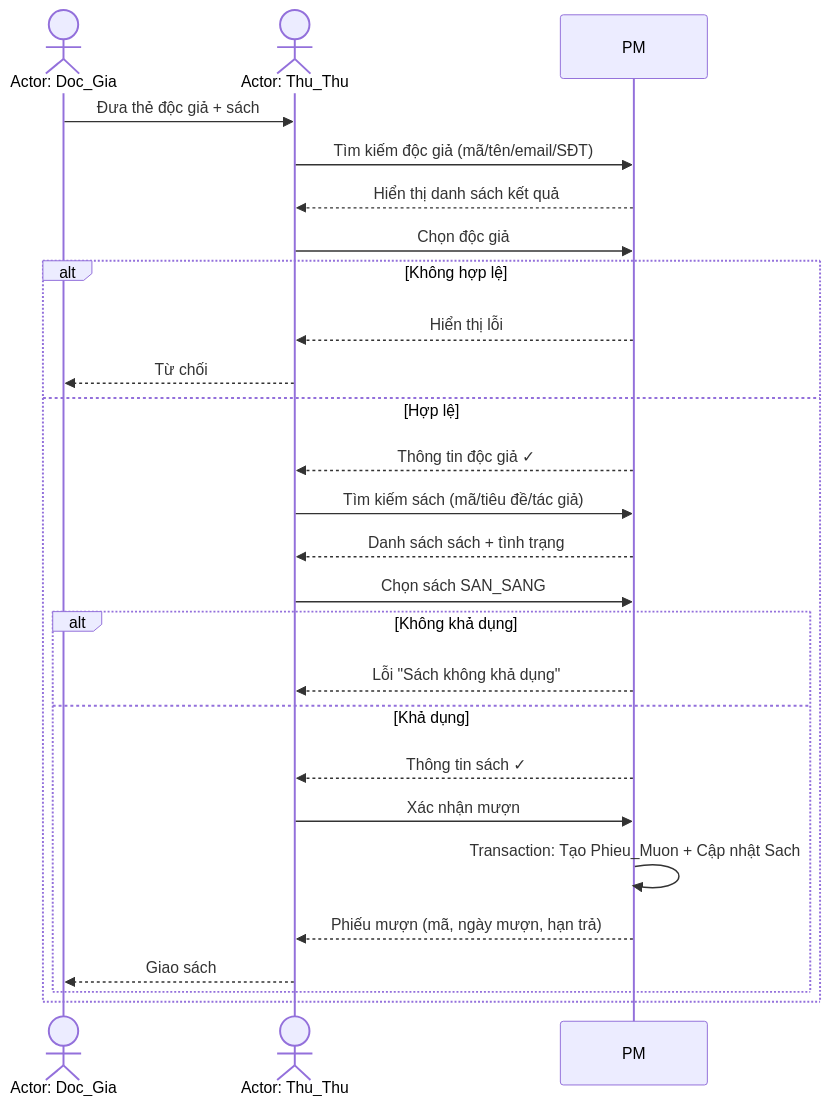
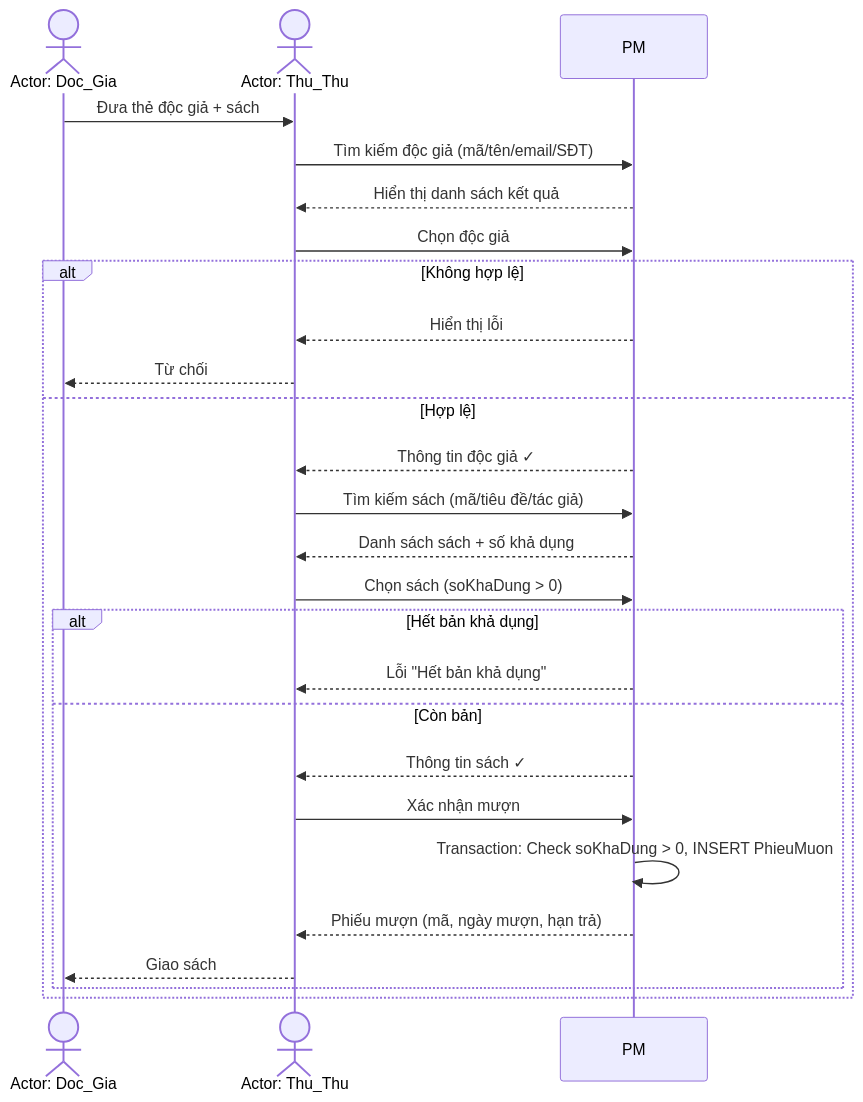
One commit to NPhamDoan/FULL_QLThuVien changed the second of 15 diagrams in .kiro/document/BaoCao_3UC_Mermaid.md. Above: the diagram before and after it, drawn with Mermaid. The commit also changed other lines of this file and 37 other files, not shown here.

````diff
--- a/.kiro/document/BaoCao_3UC_Mermaid.md
+++ b/.kiro/document/BaoCao_3UC_Mermaid.md
@@ -64,29 +64,29 @@
 ```mermaid
 sequenceDiagram
     actor DG as Actor: Doc_Gia
     actor TT as Actor: Thu_Thu
     participant PM as PM
 
     DG->>TT: Đưa thẻ độc giả + sách
     TT->>PM: Tìm kiếm độc giả (mã/tên/email/SĐT)
     PM-->>TT: Hiển thị danh sách kết quả
     TT->>PM: Chọn độc giả
     alt Không hợp lệ
         PM-->>TT: Hiển thị lỗi
         TT-->>DG: Từ chối
     else Hợp lệ
         PM-->>TT: Thông tin độc giả ✓
         TT->>PM: Tìm kiếm sách (mã/tiêu đề/tác giả)
-        PM-->>TT: Danh sách sách + tình trạng
-        TT->>PM: Chọn sách SAN_SANG
-        alt Không khả dụng
-            PM-->>TT: Lỗi "Sách không khả dụng"
-        else Khả dụng
+        PM-->>TT: Danh sách sách + số khả dụng
+        TT->>PM: Chọn sách (soKhaDung > 0)
+        alt Hết bản khả dụng
+            PM-->>TT: Lỗi "Hết bản khả dụng"
+        else Còn bản
             PM-->>TT: Thông tin sách ✓
             TT->>PM: Xác nhận mượn
-            PM->>PM: Transaction: Tạo Phieu_Muon + Cập nhật Sach
+            PM->>PM: Transaction: Check soKhaDung > 0, INSERT PhieuMuon
             PM-->>TT: Phiếu mượn (mã, ngày mượn, hạn trả)
             TT-->>DG: Giao sách
         end
     end
 ```
````
